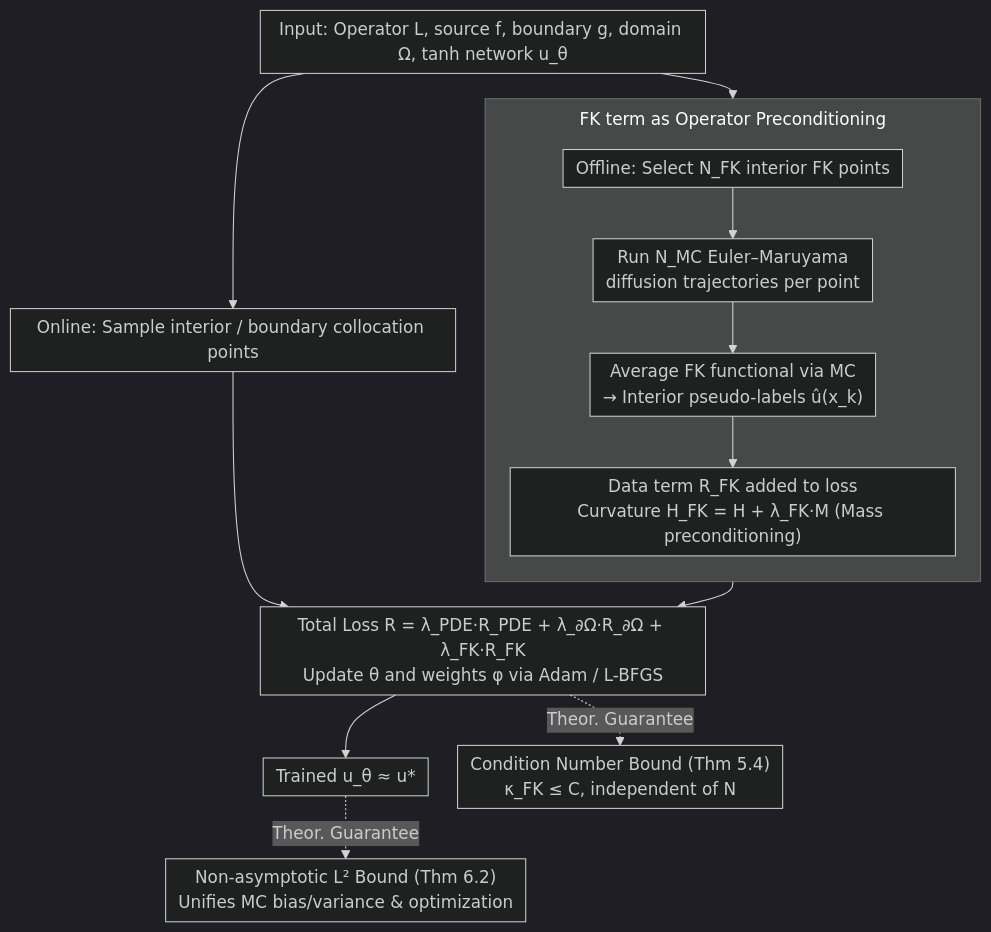
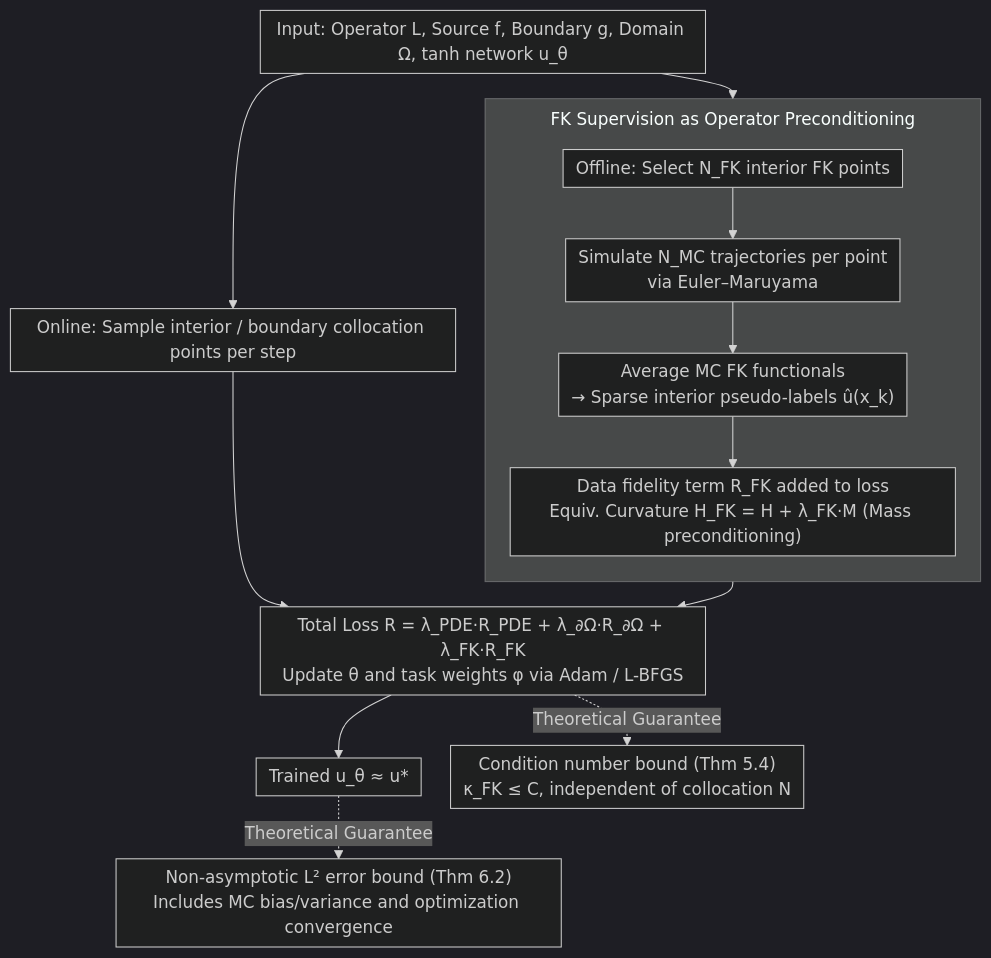
Before and after one commit to zhaoyang97/Paper-Notes-en: the diagram in docs/ICML2026/optimization/taming_the_loss_landscape_of_pinns_with_noisy_feynman-kac_supervision_operator_p.md, drawn with Mermaid (dark theme). The commit also changed other lines of this file and 5084 other files, not shown here.

````diff
--- a/docs/ICML2026/optimization/taming_the_loss_landscape_of_pinns_with_noisy_feynman-kac_supervision_operator_p.md
+++ b/docs/ICML2026/optimization/taming_the_loss_landscape_of_pinns_with_noisy_feynman-kac_supervision_operator_p.md
@@ -50,19 +50,19 @@
 ```mermaid
 %%{init: {'flowchart': {'rankSpacing': 24, 'nodeSpacing': 28, 'padding': 6, 'wrappingWidth': 400, 'subGraphTitleMargin': {'top': 8, 'bottom': 16}}}}%%
 flowchart TD
-    IN["Input: Operator L, source f, boundary g, domain Ω, tanh network u_θ"]
-    subgraph FK["FK term as Operator Preconditioning"]
+    IN["Input: Operator L, Source f, Boundary g, Domain Ω, tanh network u_θ"]
+    subgraph FK["FK Supervision as Operator Preconditioning"]
         direction TB
         A["Offline: Select N_FK interior FK points"]
-        A --> B["Run N_MC Euler–Maruyama<br/>diffusion trajectories per point"]
-        B --> C["Average FK functional via MC<br/>→ Interior pseudo-labels û(x_k)"]
-        C --> D["Data term R_FK added to loss<br/>Curvature H_FK = H + λ_FK·M (Mass preconditioning)"]
+        A --> B["Simulate N_MC trajectories per point<br/>via Euler–Maruyama"]
+        B --> C["Average MC FK functionals<br/>→ Sparse interior pseudo-labels û(x_k)"]
+        C --> D["Data fidelity term R_FK added to loss<br/>Equiv. Curvature H_FK = H + λ_FK·M (Mass preconditioning)"]
     end
     IN --> A
-    IN --> E["Online: Sample interior / boundary collocation points"]
-    E --> F["Total Loss R = λ_PDE·R_PDE + λ_∂Ω·R_∂Ω + λ_FK·R_FK<br/>Update θ and weights φ via Adam / L-BFGS"]
+    IN --> E["Online: Sample interior / boundary collocation points per step"]
+    E --> F["Total Loss R = λ_PDE·R_PDE + λ_∂Ω·R_∂Ω + λ_FK·R_FK<br/>Update θ and task weights φ via Adam / L-BFGS"]
     D --> F
     F --> G["Trained u_θ ≈ u*"]
-    F -.->|Theor. Guarantee| H["Condition Number Bound (Thm 5.4)<br/>κ_FK ≤ C, independent of N"]
-    G -.->|Theor. Guarantee| I["Non-asymptotic L² Bound (Thm 6.2)<br/>Unifies MC bias/variance & optimization"]
+    F -.->|Theoretical Guarantee| H["Condition number bound (Thm 5.4)<br/>κ_FK ≤ C, independent of collocation N"]
+    G -.->|Theoretical Guarantee| I["Non-asymptotic L² error bound (Thm 6.2)<br/>Includes MC bias/variance and optimization convergence"]
 ```
````
